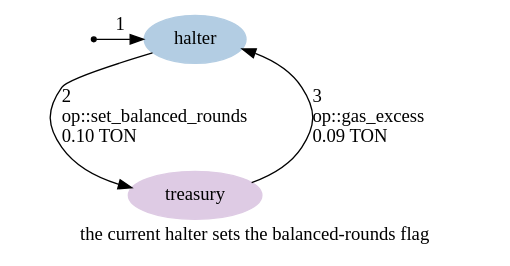
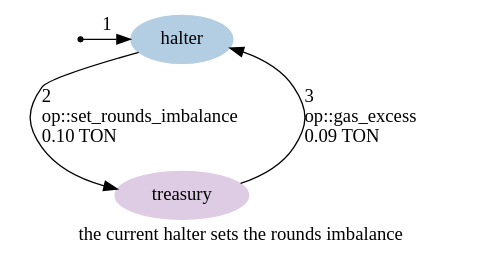
One commit to HipoFinance/contract changed the diagram in graphs/21-set-balanced-rounds.dot. Above: the diagram before and after it, drawn with Graphviz. The commit also changed 16 other files, not shown here.

Commit message:
Replace balanced rounds flag with rounds imbalance ratio

```diff
--- a/graphs/21-set-balanced-rounds.dot
+++ b/graphs/21-set-balanced-rounds.dot
@@ -1,18 +1,18 @@
 digraph {
-    label="the current halter sets the balanced-rounds flag"
+    label="the current halter sets the rounds imbalance"
     node [ colorscheme=pastel19 style=filled ]
 
     /* Entities */
     external [ shape=point ]
     halter [ color=2 ]
     treasury [ color=4 ]
 
     /* Relationships */
     external -> halter [ label="1" ]
-    halter -> treasury [ label="2\l op::set_balanced_rounds\l 0.10 TON\l" ]
+    halter -> treasury [ label="2\l op::set_rounds_imbalance\l 0.10 TON\l" ]
     treasury -> halter [ label="3\l op::gas_excess\l 0.09 TON\l" ]
 
     /* Ranks */
     { rank=min external halter }
     { rank=max treasury }
 }
```
